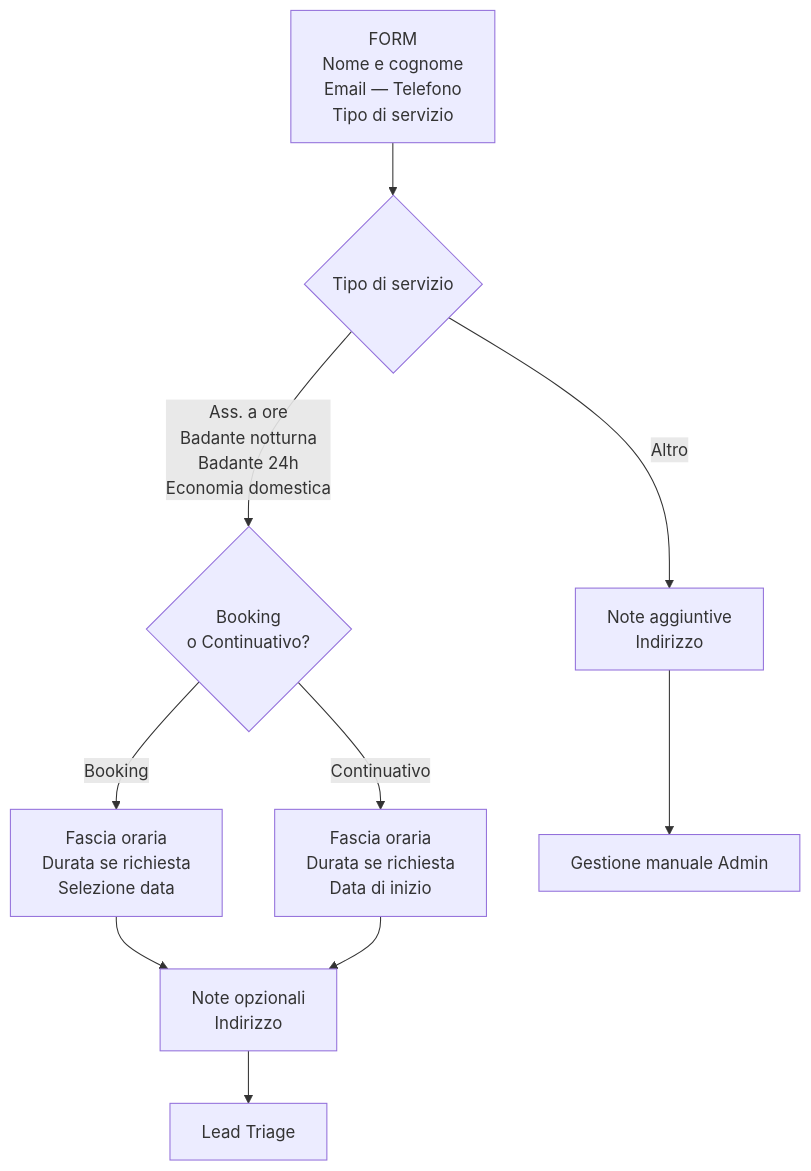
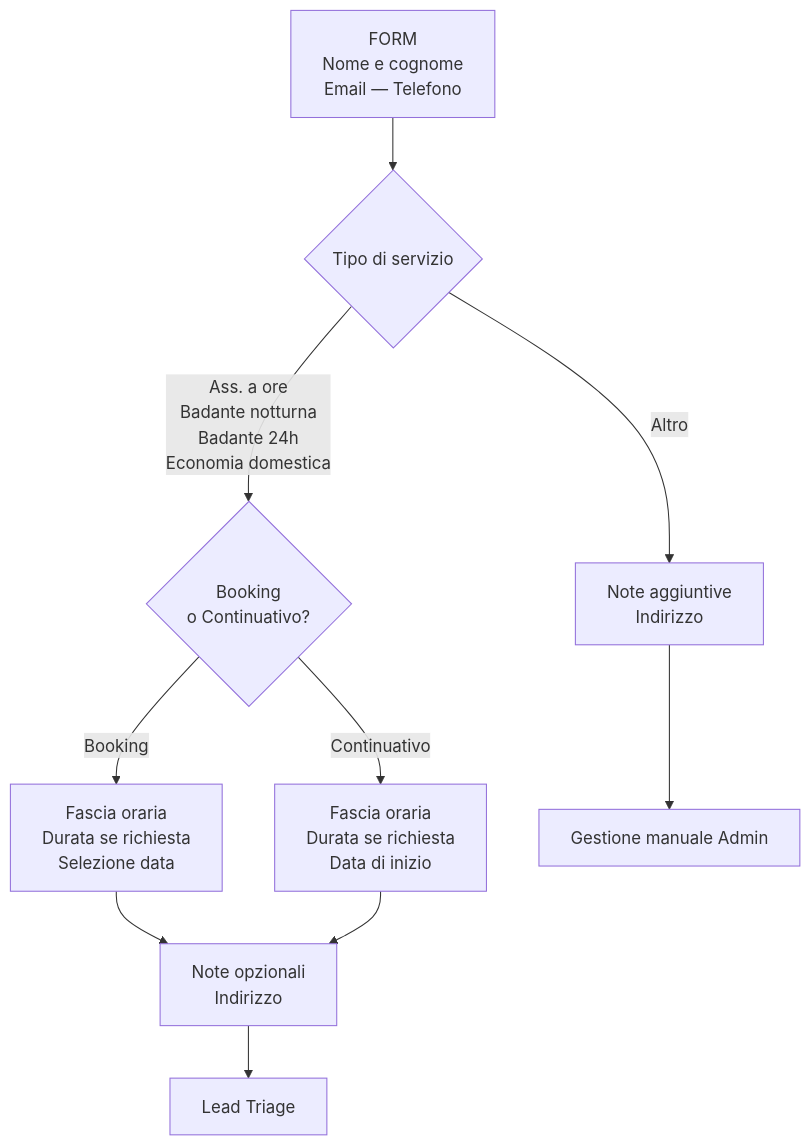
The second of 3 diagrams in milestone1/01_landing_page.md (andreadimicco1/atlas-nevod), drawn with Mermaid before and after one commit.

Commit message:
Update landing page flowchart for form fields
Removed service type options from the landing page form diagram.

````diff
--- a/milestone1/01_landing_page.md
+++ b/milestone1/01_landing_page.md
@@ -47,18 +47,18 @@
 ```mermaid
 flowchart TD
-    FORM[FORM\nNome e cognome\nEmail — Telefono\nTipo di servizio]
+    FORM[FORM\nNome e cognome\nEmail — Telefono\n]
 
     FORM --> TIPO{Tipo di servizio}
 
     TIPO --> |Ass. a ore\nBadante notturna\nBadante 24h\nEconomia domestica| SCELTA{Booking\no Continuativo?}
     TIPO --> |Altro| ALT[Note aggiuntive\nIndirizzo]
 
     SCELTA --> |Booking| BK[Fascia oraria\nDurata se richiesta\nSelezione data]
     SCELTA --> |Continuativo| CONT[Fascia oraria\nDurata se richiesta\nData di inizio]
 
     BK --> FINE[Note opzionali\nIndirizzo]
     CONT --> FINE
 
     FINE --> LT[Lead Triage]
     ALT --> GM[Gestione manuale Admin]
 ```
````
